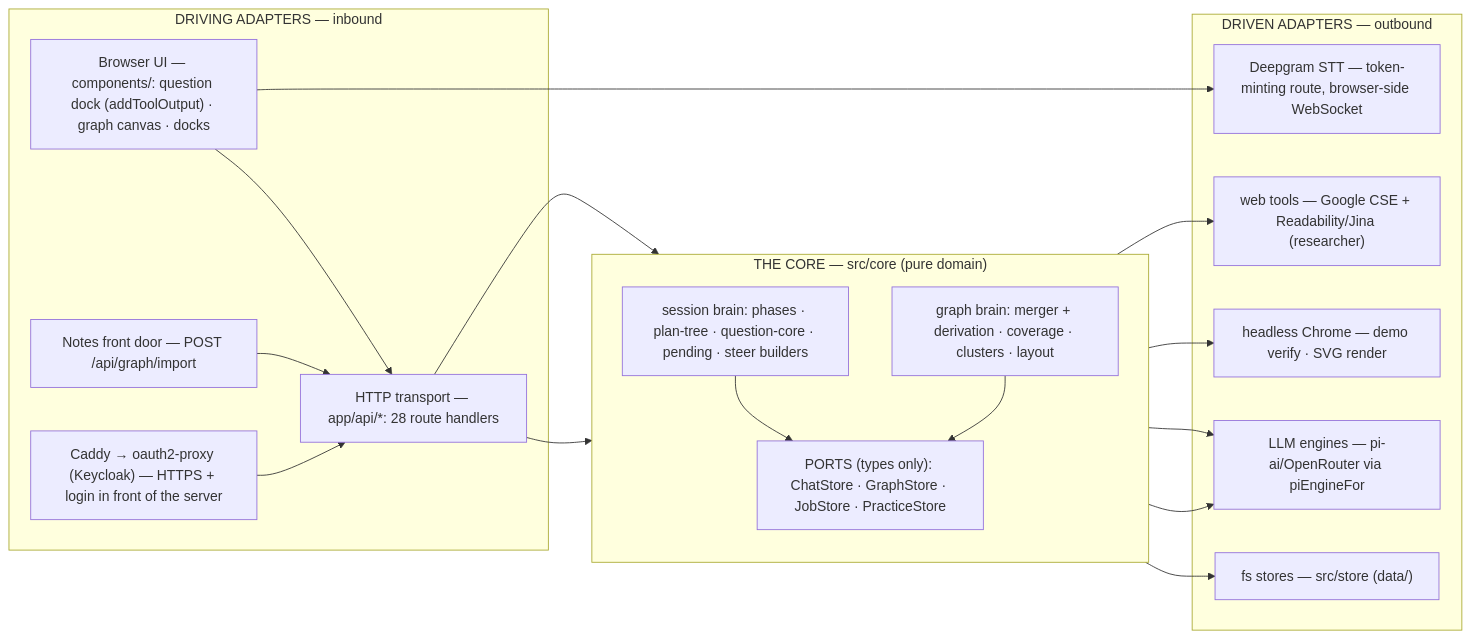
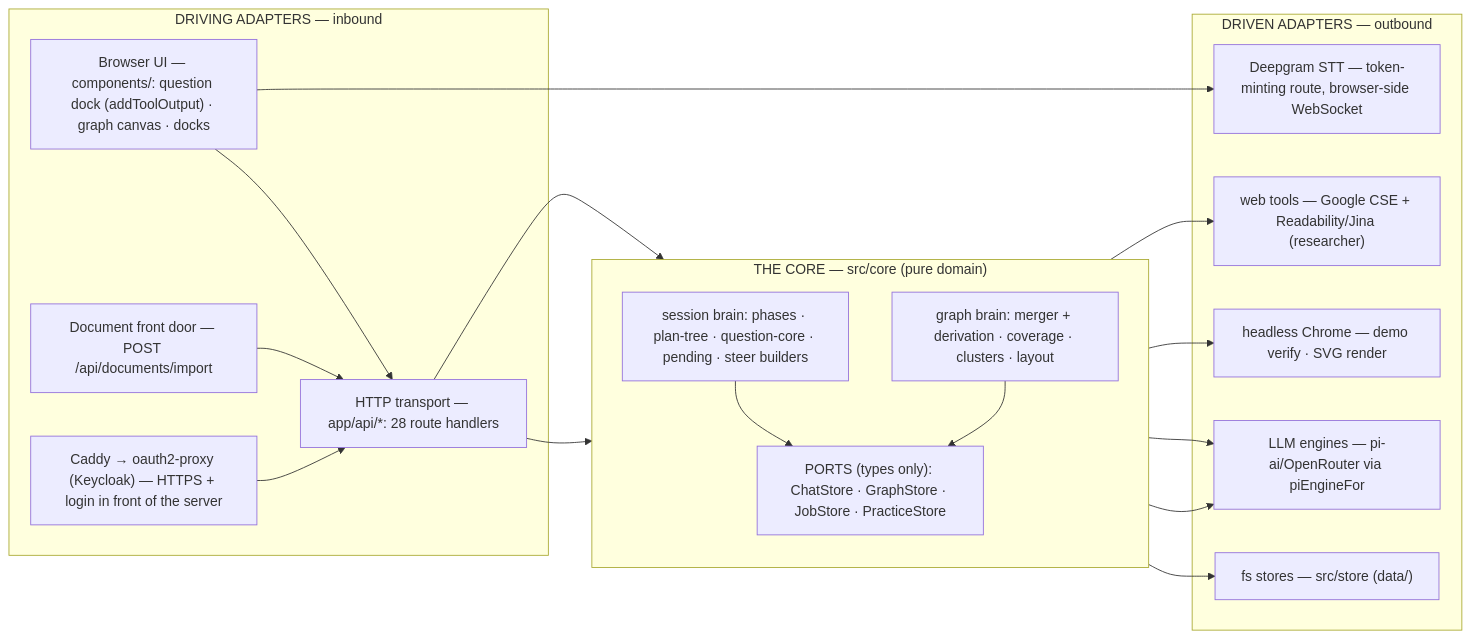
One commit to VileEnd/learnharness changed the second of 7 diagrams in docs/architecture.md. Above: the diagram before and after it, drawn with Mermaid. The commit also changed other lines of this file and 48 other files, not shown here.

````diff
--- a/docs/architecture.md
+++ b/docs/architecture.md
@@ -172,38 +172,38 @@
 ```mermaid
 flowchart LR
     subgraph DRIVING["DRIVING ADAPTERS — inbound"]
         BROWSER["Browser UI — components/: question dock (addToolOutput) · graph canvas · docks"]
         HTTP["HTTP transport — app/api/*: 28 route handlers"]
-        NOTES["Notes front door — POST /api/graph/import"]
+        NOTES["Document front door — POST /api/documents/import"]
         ELEC["Caddy → oauth2-proxy (Keycloak) — HTTPS + login in front of the server"]
     end
 
     subgraph HEXCORE["THE CORE — src/core (pure domain)"]
         direction TB
         SESS["session brain: phases · plan-tree · question-core · pending · steer builders"]
         GBRAIN["graph brain: merger + derivation · coverage · clusters · layout"]
         PORTSBOX["PORTS (types only): ChatStore · GraphStore · JobStore · PracticeStore"]
     end
 
     subgraph DRIVEN["DRIVEN ADAPTERS — outbound"]
         FS["fs stores — src/store (data/)"]
         LLM["LLM engines — pi-ai/OpenRouter via piEngineFor"]
         HEAD["headless Chrome — demo verify · SVG render"]
         DEEP["Deepgram STT — token-minting route, browser-side WebSocket"]
         WEB["web tools — Google CSE + Readability/Jina (researcher)"]
     end
 
     BROWSER --> HTTP
     NOTES --> HTTP
     ELEC --> HTTP
     HTTP --> SESS
     HTTP --> GBRAIN
     SESS --> PORTSBOX
     GBRAIN --> PORTSBOX
     PORTSBOX --> FS
     SESS --> LLM
     GBRAIN --> LLM
     SESS --> HEAD
     SESS --> WEB
     BROWSER --> DEEP
 ```
````
